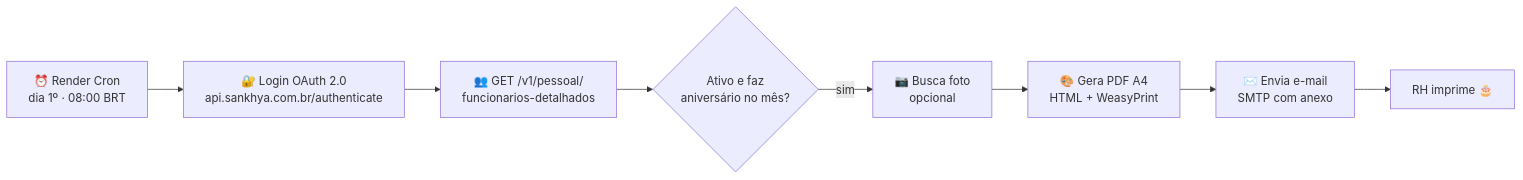
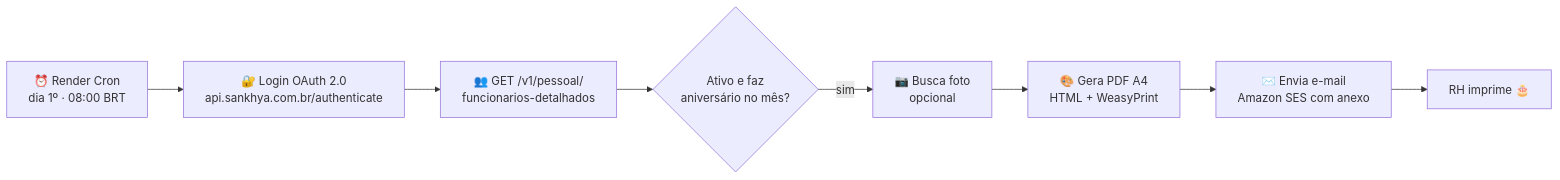
Before and after one commit to lvdamaceno/aniversariantes-contente: the diagram in README.md, drawn with Mermaid. The commit also changed other lines of this file and 5 other files, not shown here.

Commit message:
Troca envio SMTP por Amazon SES (API v2)

````diff
--- a/README.md
+++ b/README.md
@@ -33,10 +34,10 @@
 ```mermaid
 flowchart LR
     A[⏰ Render Cron<br/>dia 1º · 08:00 BRT] --> B[🔐 Login OAuth 2.0<br/>api.sankhya.com.br/authenticate]
     B --> C[👥 GET /v1/pessoal/<br/>funcionarios-detalhados]
     C --> D{Ativo e faz<br/>aniversário no mês?}
     D -- sim --> E[📷 Busca foto<br/>opcional]
     E --> F[🎨 Gera PDF A4<br/>HTML + WeasyPrint]
-    F --> G[✉️ Envia e-mail<br/>SMTP com anexo]
+    F --> G[✉️ Envia e-mail<br/>Amazon SES com anexo]
     G --> H[RH imprime 🎂]
 ```
````
